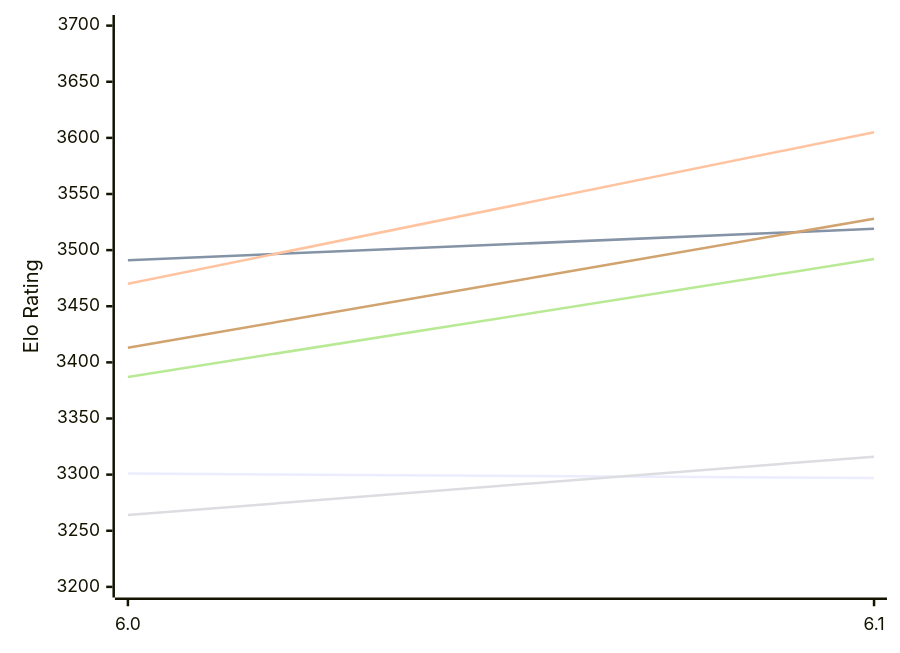
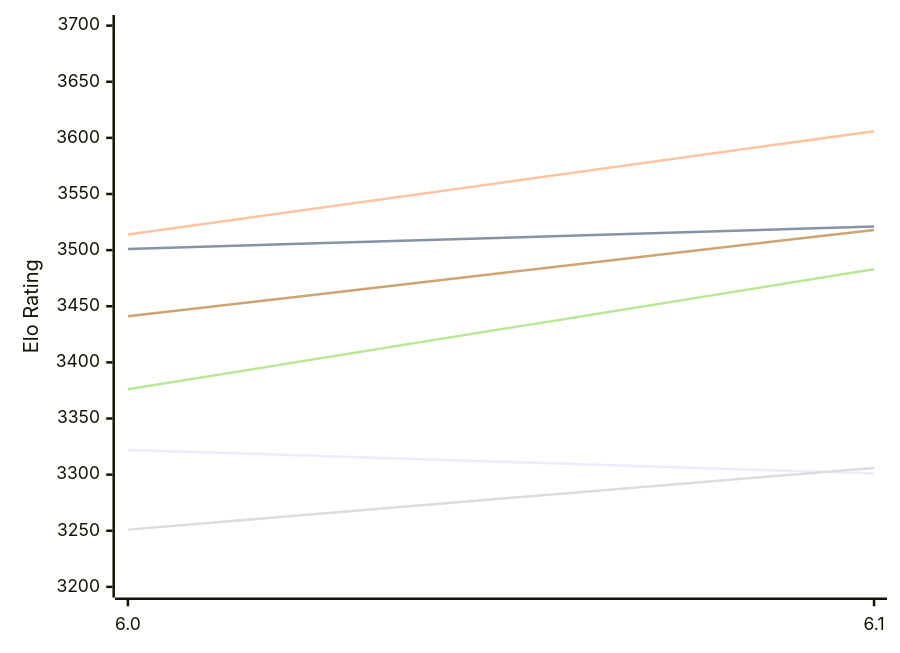
The first of 2 diagrams in engines/Starzix.md (computer-chess-index/cci), drawn with Mermaid before and after one commit. The commit also changed other lines of this file, not shown here.

Commit message:
Update CCI Ratings (ELO VLTC) - 2026-11-15

````diff
--- a/engines/Starzix.md
+++ b/engines/Starzix.md
@@ -51,12 +51,12 @@
 ```mermaid
 %%{init: {"theme":"base","themeVariables":{"seriesColors:['#a3a3a3','#222221','#faa371']}}}%%
 xychart-beta
   x-axis ["6.0", "6.1"]
   y-axis "Elo Rating" 3200 --> 3700
-  line "E1: STC (8.0+0.08s)" [3301, 3297]
-  line "E1: LTC (60.0+0.60s)" [3491, 3519]
-  line "E1: VLTC (2m24s+1.12s)" [3470, 3605]
-  line "P1: STC (8.0+0.08s)" [3264, 3316]
-  line "P1: LTC (60.0+0.60s)" [3387, 3492]
-  line "P1: VLTC (2m24s+1.12s)" [3413, 3528]
+  line "E1: STC (8.0+0.08s)" [3322, 3301]
+  line "E1: LTC (60.0+0.60s)" [3501, 3521]
+  line "E1: VLTC (2m24s+1.12s)" [3514, 3606]
+  line "P1: STC (8.0+0.08s)" [3251, 3306]
+  line "P1: LTC (60.0+0.60s)" [3376, 3483]
+  line "P1: VLTC (2m24s+1.12s)" [3441, 3518]
 ```
````
